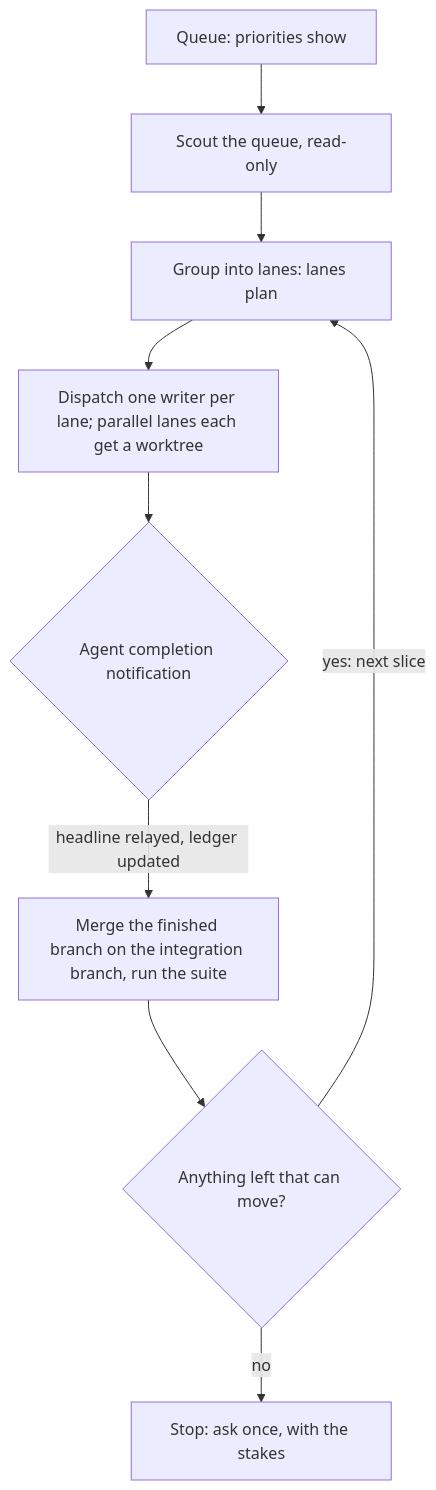
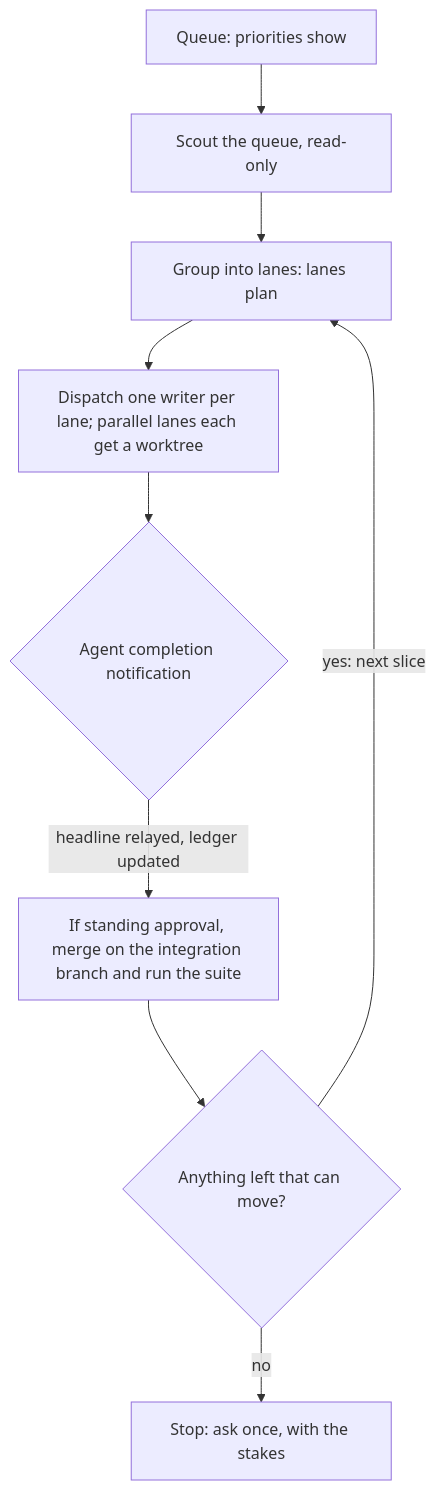
The diagram in bolero/SKILL.md (jackreichert/the-maestro), drawn with Mermaid before and after one commit. The commit also changed other lines of this file and 2 other files, not shown here.

First line of the commit message:
docs: condition local merges on a standing approval

````diff
--- a/bolero/SKILL.md
+++ b/bolero/SKILL.md
@@ -30,11 +30,11 @@
 ```mermaid
 flowchart TD
   Q[Queue: priorities show] --> S[Scout the queue, read-only]
   S --> L[Group into lanes: lanes plan]
   L --> D[Dispatch one writer per lane; parallel lanes each get a worktree]
   D --> W{Agent completion notification}
-  W -->|headline relayed, ledger updated| M[Merge the finished branch on the integration branch, run the suite]
+  W -->|headline relayed, ledger updated| M[If standing approval, merge on the integration branch and run the suite]
   M --> N{Anything left that can move?}
   N -->|yes: next slice| L
   N -->|no| B[Stop: ask once, with the stakes]
 ```
````
